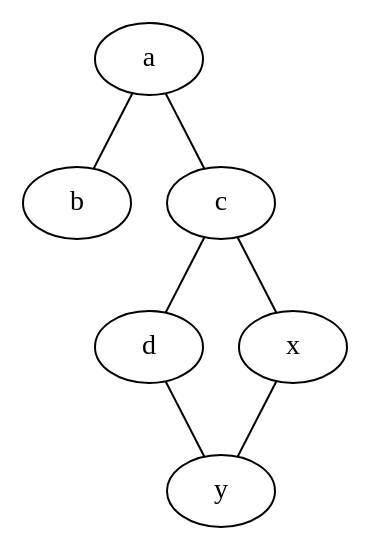
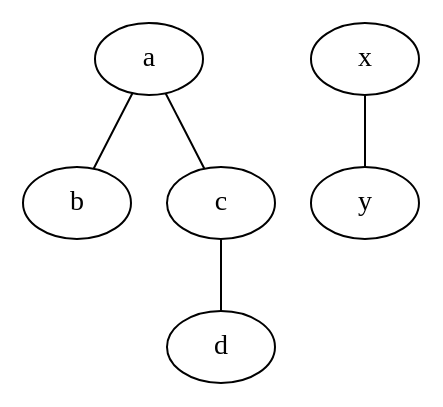
One commit to Obererpel/Zusammenfassung-Kryptographie changed the diagram in img/clique4.dot. Above: the diagram before and after it, drawn with Graphviz. The commit also changed 9 other files, not shown here.

```diff
--- a/img/clique4.dot
+++ b/img/clique4.dot
@@ -1,8 +1,6 @@
 graph G {
 	a -- b 
 	a -- c 
 	c -- d 
-	c -- x 
 	x -- y
-	d -- y
 }
```
